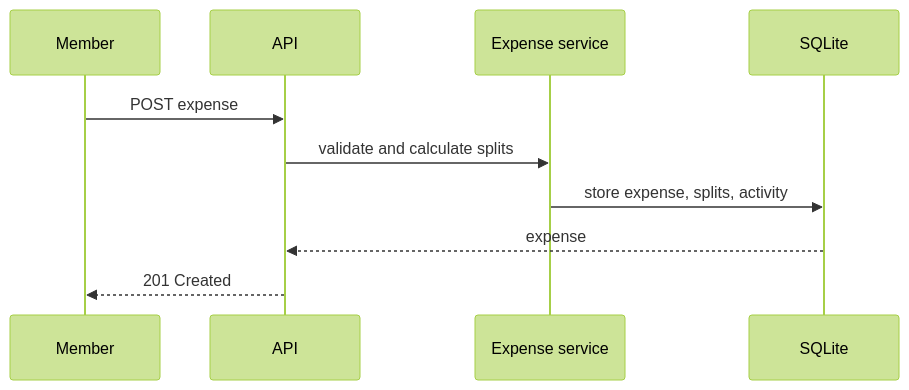
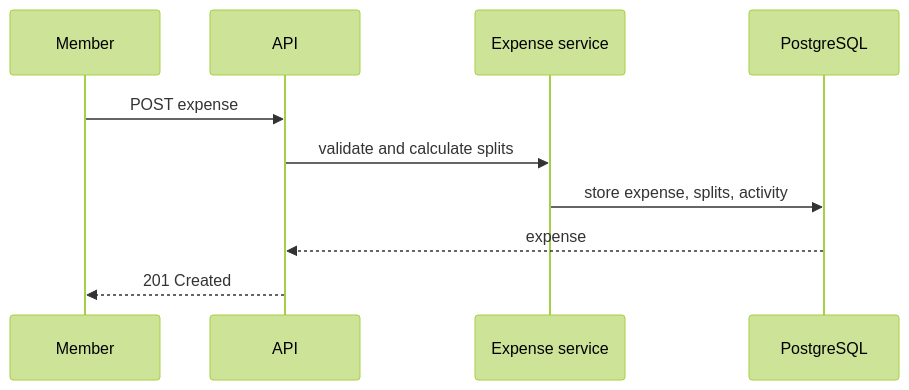
Before and after one commit to shreesriv12/ExpenseEase: the first of 3 diagrams in docs/03_Design/UML_Diagrams.md, drawn with Mermaid (forest theme). The commit also changed 6 other files, not shown here.

Commit message:
docs: update project setup for Docker PostgreSQL

````diff
--- a/docs/03_Design/UML_Diagrams.md
+++ b/docs/03_Design/UML_Diagrams.md
@@ -5,12 +5,12 @@
 ```mermaid
 sequenceDiagram
  participant U as Member
  participant A as API
  participant S as Expense service
- participant D as SQLite
+ participant D as PostgreSQL
  U->>A: POST expense
  A->>S: validate and calculate splits
  S->>D: store expense, splits, activity
  D-->>A: expense
  A-->>U: 201 Created
 ```
````
